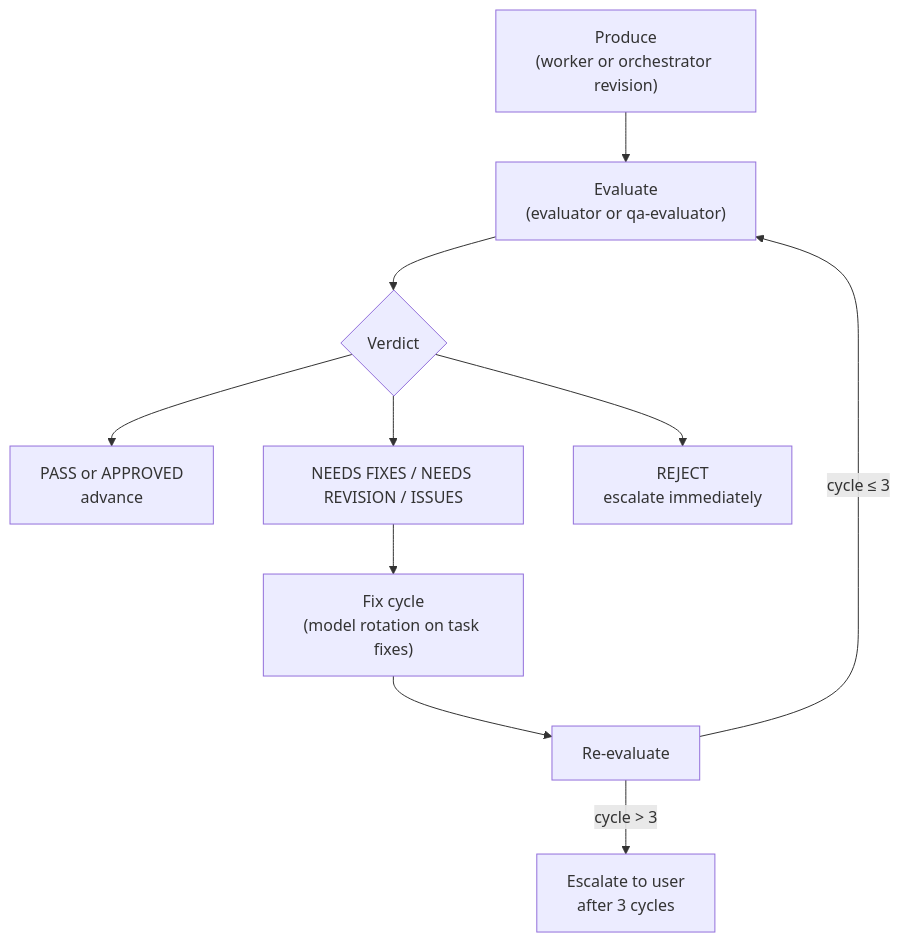
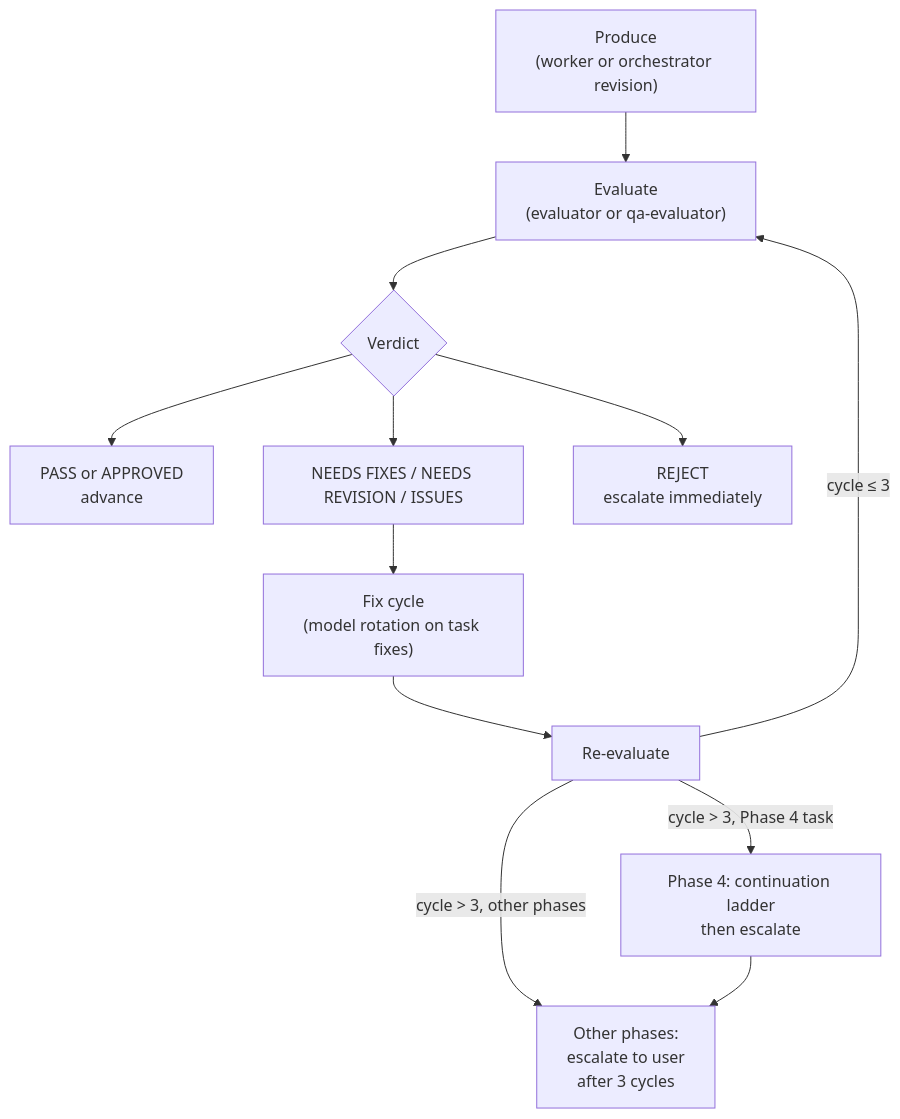
Before and after one commit to kdcllc/skills: the second of 2 diagrams in docs/guide/evaluation-system.md, drawn with Mermaid. The commit also changed other lines of this file and 7 other files, not shown here.

First line of the commit message:
docs: Update documentation for kit v0.20.0 — introduce six subagents, Phase 4 continuation ladder, and failure-class taxonomy

````diff
--- a/docs/guide/evaluation-system.md
+++ b/docs/guide/evaluation-system.md
@@ -207,22 +241,25 @@
 ```mermaid
 flowchart TD
     Produce["Produce\n(worker or orchestrator revision)"]
     Evaluate["Evaluate\n(evaluator or qa-evaluator)"]
     Verdict{"Verdict"}
     Pass["PASS or APPROVED\nadvance"]
     NeedsFix["NEEDS FIXES / NEEDS REVISION / ISSUES"]
     FixCycle["Fix cycle\n(model rotation on task fixes)"]
     ReEval["Re-evaluate"]
-    Escalate["Escalate to user\nafter 3 cycles"]
+    Ladder["Phase 4: continuation ladder\nthen escalate"]
+    Escalate["Other phases:\nescalate to user\nafter 3 cycles"]
     Reject["REJECT\nescalate immediately"]
 
     Produce --> Evaluate
     Evaluate --> Verdict
     Verdict --> Pass
     Verdict --> NeedsFix
     Verdict --> Reject
     NeedsFix --> FixCycle
     FixCycle --> ReEval
     ReEval -->|"cycle ≤ 3"| Evaluate
-    ReEval -->|"cycle > 3"| Escalate
+    ReEval -->|"cycle > 3, Phase 4 task"| Ladder
+    ReEval -->|"cycle > 3, other phases"| Escalate
+    Ladder --> Escalate
 ```
````
